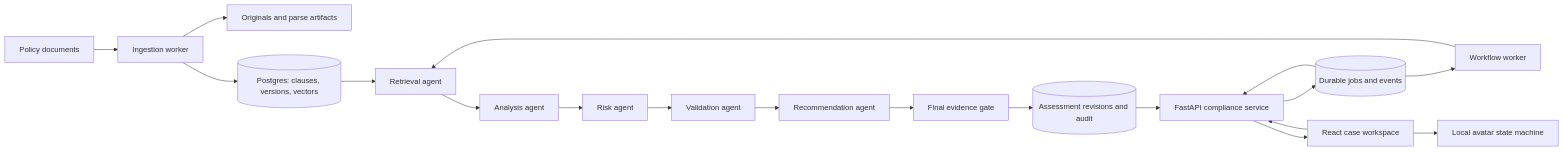
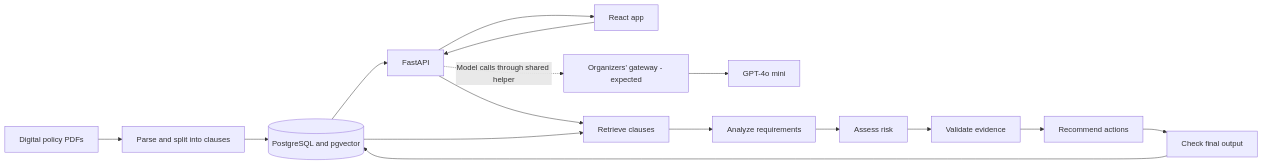
The diagram in IMPLEMENTATION_PLAN.md (PaulAndrew7/prodapt-capstone), drawn with Mermaid before and after one commit. The commit also changed other lines of this file and 118 other files, not shown here.

First line of the commit message:
Add assessment workflow, evaluation and new-machine setup guide

````diff
--- a/IMPLEMENTATION_PLAN.md
+++ b/IMPLEMENTATION_PLAN.md
@@ -180,21 +107,18 @@
 ```mermaid
 flowchart LR
-    P[Policy documents] --> I[Ingestion worker]
-    I --> O[Originals and parse artifacts]
-    I --> D[(Postgres: clauses, versions, vectors)]
-    U[React case workspace] --> API[FastAPI compliance service]
-    API --> J[(Durable jobs and events)]
-    J --> W[Workflow worker]
-    W --> R[Retrieval agent]
-    D --> R
-    R --> A[Analysis agent]
-    A --> K[Risk agent]
-    K --> V[Validation agent]
-    V --> N[Recommendation agent]
-    N --> G[Final evidence gate]
-    G --> C[(Assessment revisions and audit)]
-    C --> API
-    J --> API
+    P[Digital policy PDFs] --> I[Parse and split into clauses]
+    I --> DB[(PostgreSQL and pgvector)]
+    U[React app] --> API[FastAPI]
+    API -. Model calls through shared helper .-> GW[Organizers' gateway - expected]
+    GW --> M[GPT-4o mini]
+    API --> R[Retrieve clauses]
+    DB --> R
+    R --> A[Analyze requirements]
+    A --> K[Assess risk]
+    K --> V[Validate evidence]
+    V --> N[Recommend actions]
+    N --> G[Check final output]
+    G --> DB
+    DB --> API
     API --> U
-    U --> AV[Local avatar state machine]
 ```
````
